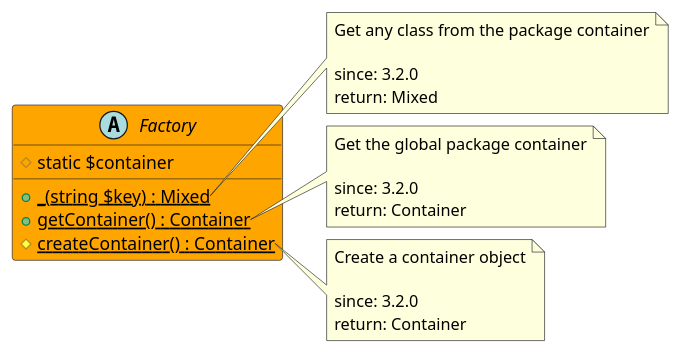
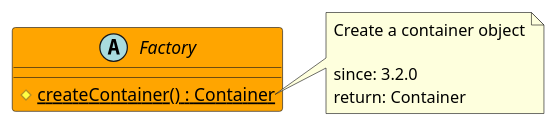
One commit to joomengine/gitea changed the diagram in src/4612af84-5a42-4ea5-87bf-9d79cc19c330/README.md. Above: the diagram before and after it, drawn with PlantUML. The commit also changed other lines of this file and 344 other files, not shown here.

````diff
--- a/src/4612af84-5a42-4ea5-87bf-9d79cc19c330/README.md
+++ b/src/4612af84-5a42-4ea5-87bf-9d79cc19c330/README.md
@@ -11,32 +12,15 @@
 ```uml
 @startuml
 abstract Factory  #Orange {
-  # static $container
-  + {static} _(string $key) : Mixed
-  + {static} getContainer() : Container
   # {static} createContainer() : Container
 }
-
-note right of Factory::_
-  Get any class from the package container
-
-  since: 3.2.0
-  return: Mixed
-end note
-
-note right of Factory::getContainer
-  Get the global package container
-
-  since: 3.2.0
-  return: Container
-end note
 
 note right of Factory::createContainer
   Create a container object
 
   since: 3.2.0
   return: Container
 end note
  
 @enduml
 ```
````
